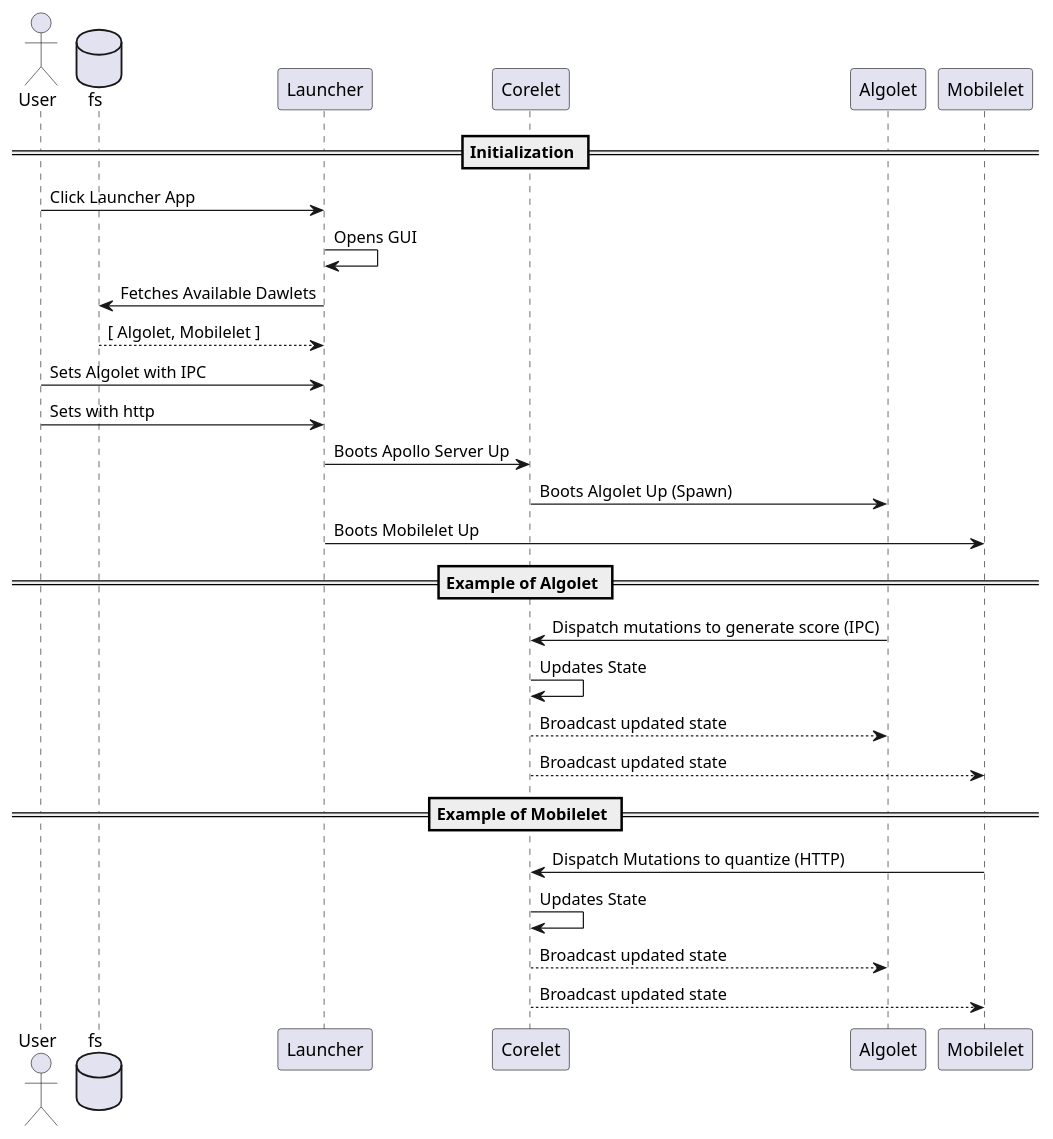
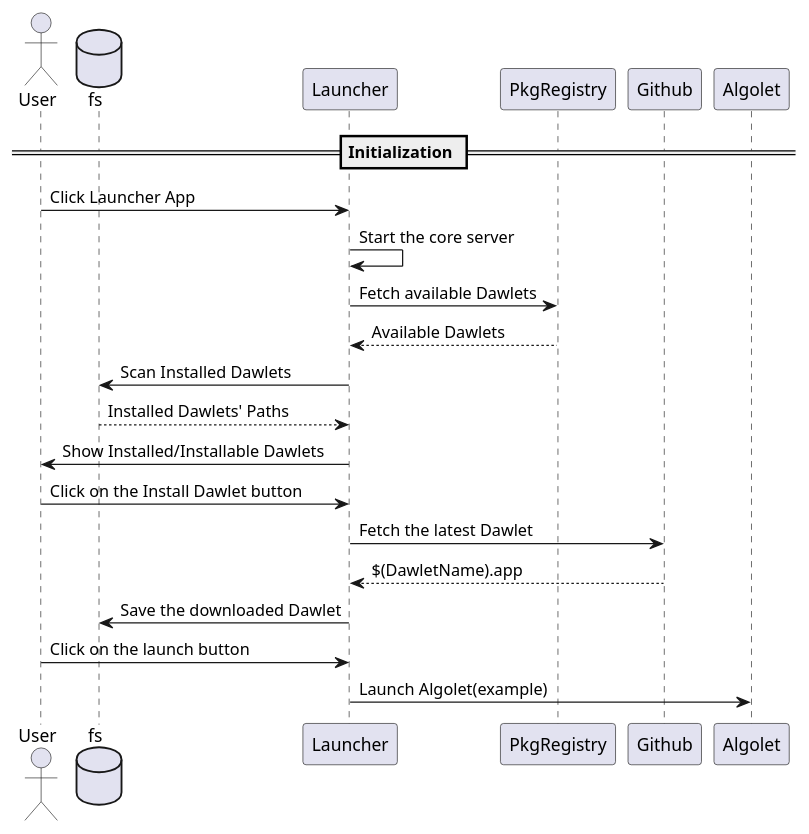
Before and after one commit to dawlet-team/dawlet-poc: the diagram in yogo/docs/sequence.pu, drawn with PlantUML.

Commit message:
docs: rewrite initialization sequence

```diff
--- a/yogo/docs/sequence.pu
+++ b/yogo/docs/sequence.pu
@@ -1,32 +1,22 @@
 @startuml
 actor User
 database fs
 
 
 == Initialization ==
 
 User -> Launcher: Click Launcher App
-Launcher -> Launcher: Opens GUI
-Launcher -> fs: Fetches Available Dawlets
-fs --> Launcher: [ Algolet, Mobilelet ]
-User -> Launcher: Sets Algolet with IPC
-User -> Launcher: Sets with http
-Launcher -> Corelet: Boots Apollo Server Up
-Corelet -> Algolet: Boots Algolet Up (Spawn)
-Launcher -> Mobilelet: Boots Mobilelet Up
-
-== Example of Algolet ==
-
-Algolet -> Corelet: Dispatch mutations to generate score (IPC)
-Corelet -> Corelet: Updates State
-Corelet --> Algolet: Broadcast updated state
-Corelet --> Mobilelet: Broadcast updated state
-
-== Example of Mobilelet ==
-
-Mobilelet -> Corelet: Dispatch Mutations to quantize (HTTP)
-Corelet -> Corelet: Updates State
-Corelet --> Algolet: Broadcast updated state
-Corelet --> Mobilelet: Broadcast updated state
+Launcher -> Launcher: Start the core server
+Launcher -> PkgRegistry: Fetch available Dawlets
+Launcher <-- PkgRegistry: Available Dawlets
+Launcher -> fs: Scan Installed Dawlets
+fs --> Launcher: Installed Dawlets' Paths
+User <- Launcher: Show Installed/Installable Dawlets
+User -> Launcher: Click on the Install Dawlet button
+Launcher -> Github: Fetch the latest Dawlet
+Launcher <-- Github: $(DawletName).app
+fs <- Launcher: Save the downloaded Dawlet
+User -> Launcher: Click on the launch button
+Launcher -> Algolet: Launch Algolet(example)
 
 @enduml
```
